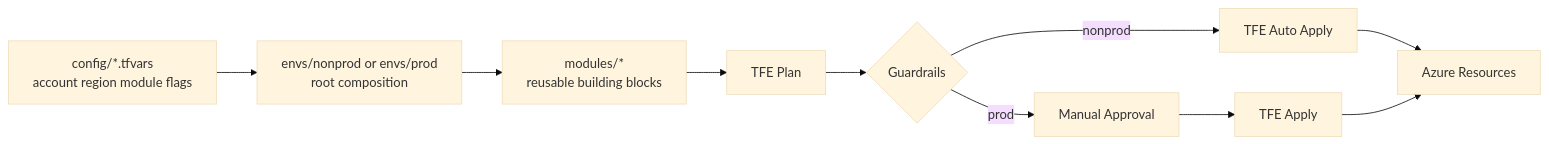
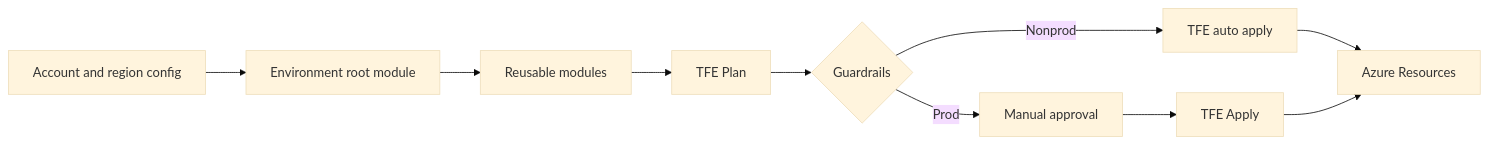
Before and after one commit to SagarDevExpo/terraform-infra: the second of 2 diagrams in README.md, drawn with Mermaid (base theme). The commit also changed other lines of this file, not shown here.

Commit message:
Simplify README Mermaid diagrams

````diff
--- a/README.md
+++ b/README.md
@@ -37,12 +37,12 @@
 ```mermaid
 flowchart LR
-  Config[config/*.tfvars<br/>account region module flags] --> Root[envs/nonprod or envs/prod<br/>root composition]
-  Root --> Modules[modules/*<br/>reusable building blocks]
+  Config[Account and region config] --> Root[Environment root module]
+  Root --> Modules[Reusable modules]
   Modules --> Plan[TFE Plan]
   Plan --> Guardrails{Guardrails}
-  Guardrails -->|nonprod| AutoApply[TFE Auto Apply]
-  Guardrails -->|prod| Approval[Manual Approval]
+  Guardrails -->|Nonprod| AutoApply[TFE auto apply]
+  Guardrails -->|Prod| Approval[Manual approval]
   Approval --> Apply[TFE Apply]
   AutoApply --> Azure[Azure Resources]
   Apply --> Azure
 ```
````
